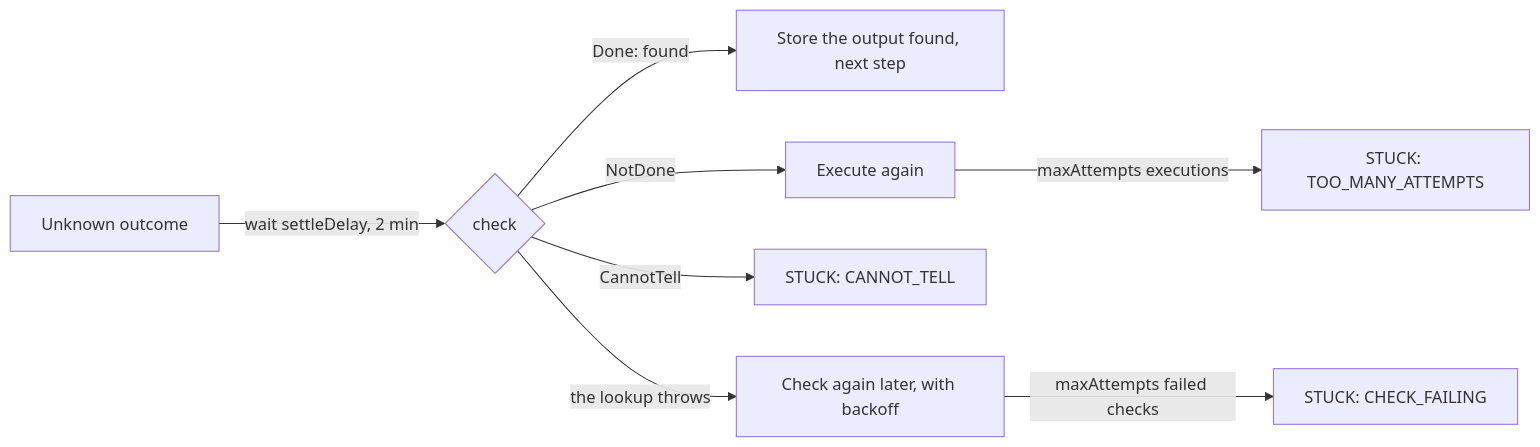
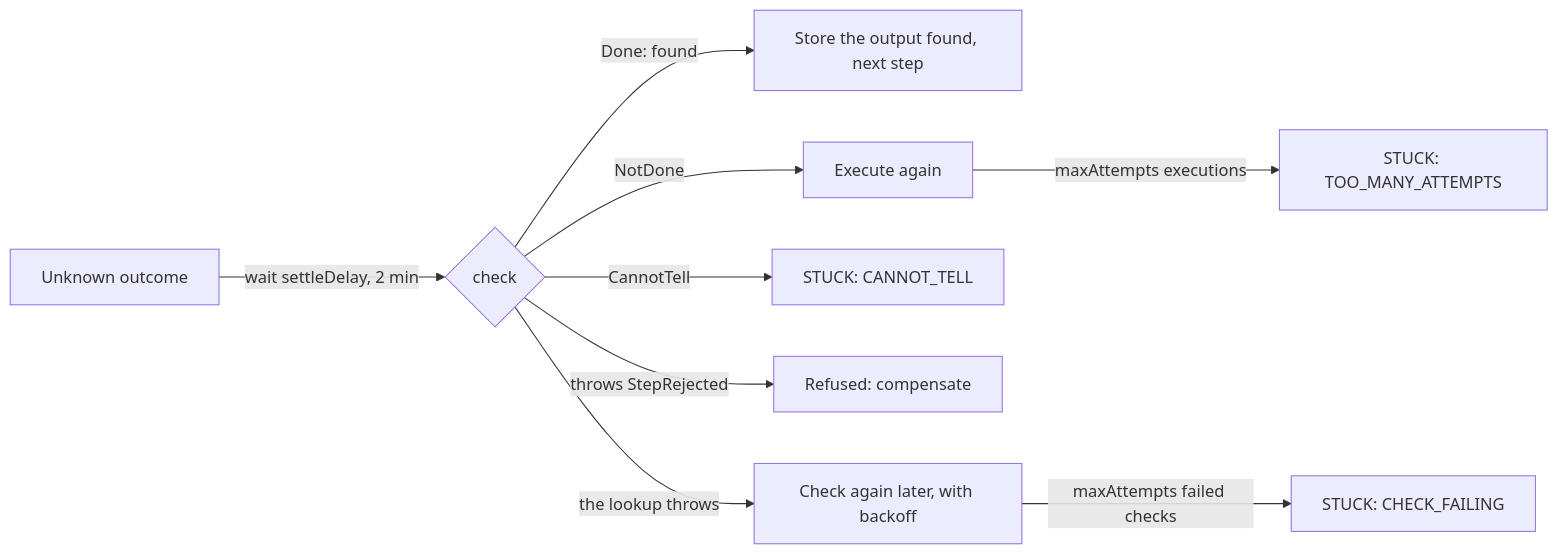
The diagram in docs/how-it-works/unknown-outcomes.md (octogene/akta), drawn with Mermaid before and after one commit. The commit also changed other lines of this file and 4 other files, not shown here.

First line of the commit message:
Treat StepRejected thrown by a check as a refusal, as from execute

````diff
--- a/docs/how-it-works/unknown-outcomes.md
+++ b/docs/how-it-works/unknown-outcomes.md
@@ -11,10 +11,11 @@
 ```mermaid
 flowchart LR
     U[Unknown outcome] -->|wait settleDelay, 2 min| C{check}
     C -->|Done: found| D[Store the output found, next step]
     C -->|NotDone| R[Execute again]
     C -->|CannotTell| S[STUCK: CANNOT_TELL]
+    C -->|throws StepRejected| X[Refused: compensate]
     C -->|the lookup throws| F[Check again later, with backoff]
     F -->|maxAttempts failed checks| S2[STUCK: CHECK_FAILING]
     R -->|maxAttempts executions| S3[STUCK: TOO_MANY_ATTEMPTS]
 ```
````
